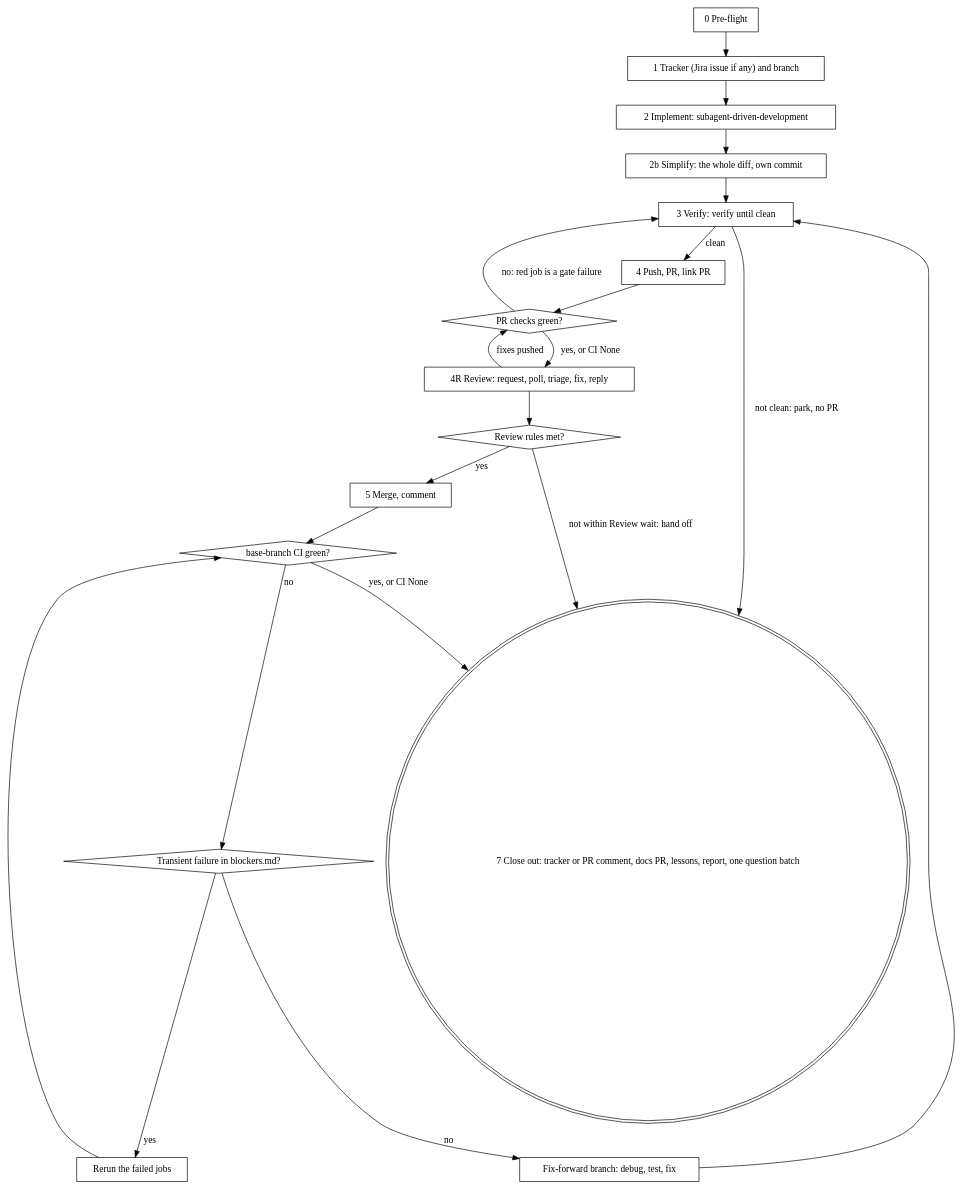
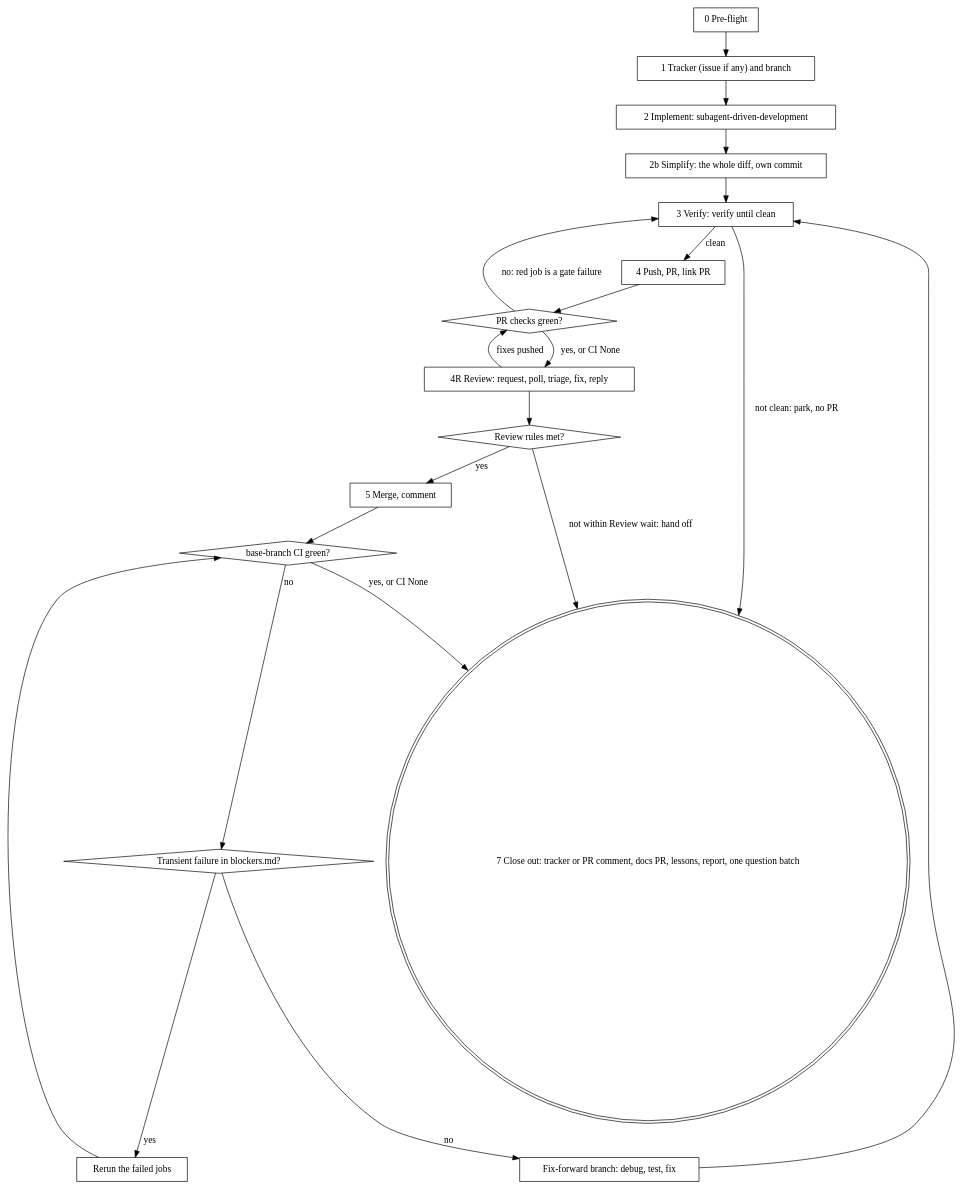
Before and after one commit to tarmopr/ai-skills: the diagram in skills/ship-plan/SKILL.md, drawn with Graphviz. The commit also changed other lines of this file and 2 other files, not shown here.

````diff
--- a/skills/ship-plan/SKILL.md
+++ b/skills/ship-plan/SKILL.md
@@ -144,40 +181,40 @@
 ```dot
 digraph ship {
   "0 Pre-flight" [shape=box];
-  "1 Tracker (Jira issue if any) and branch" [shape=box];
+  "1 Tracker (issue if any) and branch" [shape=box];
   "2 Implement: subagent-driven-development" [shape=box];
   "2b Simplify: the whole diff, own commit" [shape=box];
   "3 Verify: verify until clean" [shape=box];
   "4 Push, PR, link PR" [shape=box];
   "PR checks green?" [shape=diamond];
   "4R Review: request, poll, triage, fix, reply" [shape=box];
   "Review rules met?" [shape=diamond];
   "5 Merge, comment" [shape=box];
   "base-branch CI green?" [shape=diamond];
   "Transient failure in blockers.md?" [shape=diamond];
   "Rerun the failed jobs" [shape=box];
   "Fix-forward branch: debug, test, fix" [shape=box];
   "7 Close out: tracker or PR comment, docs PR, lessons, report, one question batch" [shape=doublecircle];
 
-  "0 Pre-flight" -> "1 Tracker (Jira issue if any) and branch";
-  "1 Tracker (Jira issue if any) and branch" -> "2 Implement: subagent-driven-development";
+  "0 Pre-flight" -> "1 Tracker (issue if any) and branch";
+  "1 Tracker (issue if any) and branch" -> "2 Implement: subagent-driven-development";
   "2 Implement: subagent-driven-development" -> "2b Simplify: the whole diff, own commit";
   "2b Simplify: the whole diff, own commit" -> "3 Verify: verify until clean";
   "3 Verify: verify until clean" -> "4 Push, PR, link PR" [label="clean"];
   "3 Verify: verify until clean" -> "7 Close out: tracker or PR comment, docs PR, lessons, report, one question batch" [label="not clean: park, no PR"];
   "4 Push, PR, link PR" -> "PR checks green?";
   "PR checks green?" -> "3 Verify: verify until clean" [label="no: red job is a gate failure"];
   "PR checks green?" -> "4R Review: request, poll, triage, fix, reply" [label="yes, or CI None"];
   "4R Review: request, poll, triage, fix, reply" -> "PR checks green?" [label="fixes pushed"];
   "4R Review: request, poll, triage, fix, reply" -> "Review rules met?";
   "Review rules met?" -> "5 Merge, comment" [label="yes"];
   "Review rules met?" -> "7 Close out: tracker or PR comment, docs PR, lessons, report, one question batch" [label="not within Review wait: hand off"];
   "5 Merge, comment" -> "base-branch CI green?";
   "base-branch CI green?" -> "7 Close out: tracker or PR comment, docs PR, lessons, report, one question batch" [label="yes, or CI None"];
   "base-branch CI green?" -> "Transient failure in blockers.md?" [label="no"];
   "Transient failure in blockers.md?" -> "Rerun the failed jobs" [label="yes"];
   "Rerun the failed jobs" -> "base-branch CI green?";
   "Transient failure in blockers.md?" -> "Fix-forward branch: debug, test, fix" [label="no"];
   "Fix-forward branch: debug, test, fix" -> "3 Verify: verify until clean";
 }
 ```
````
